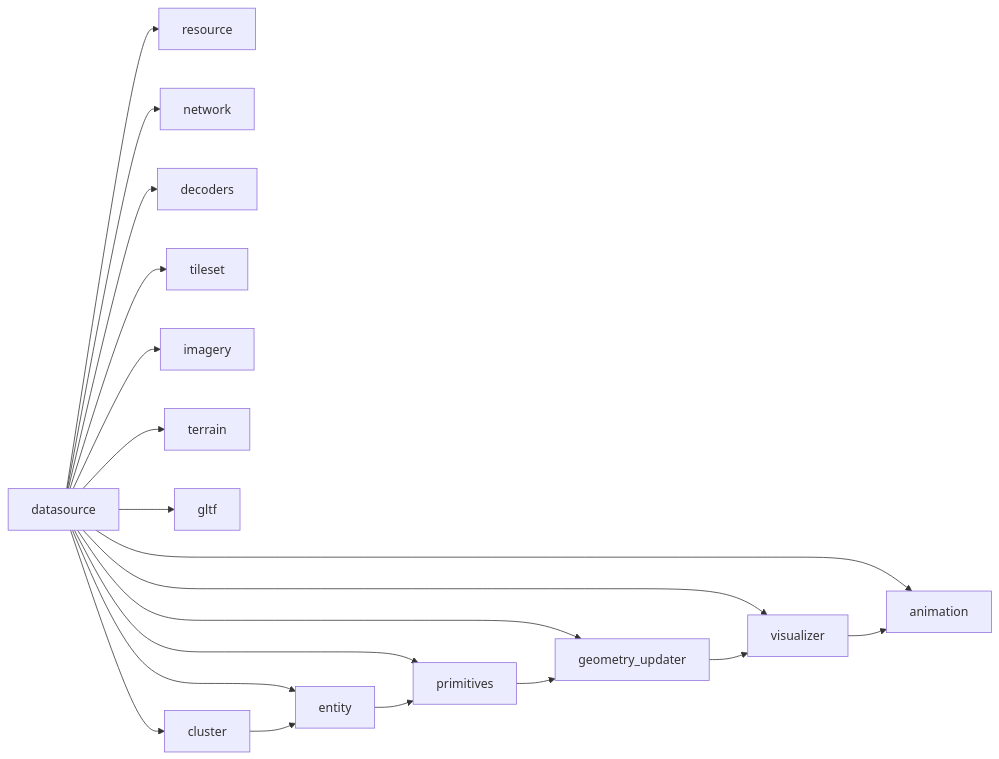
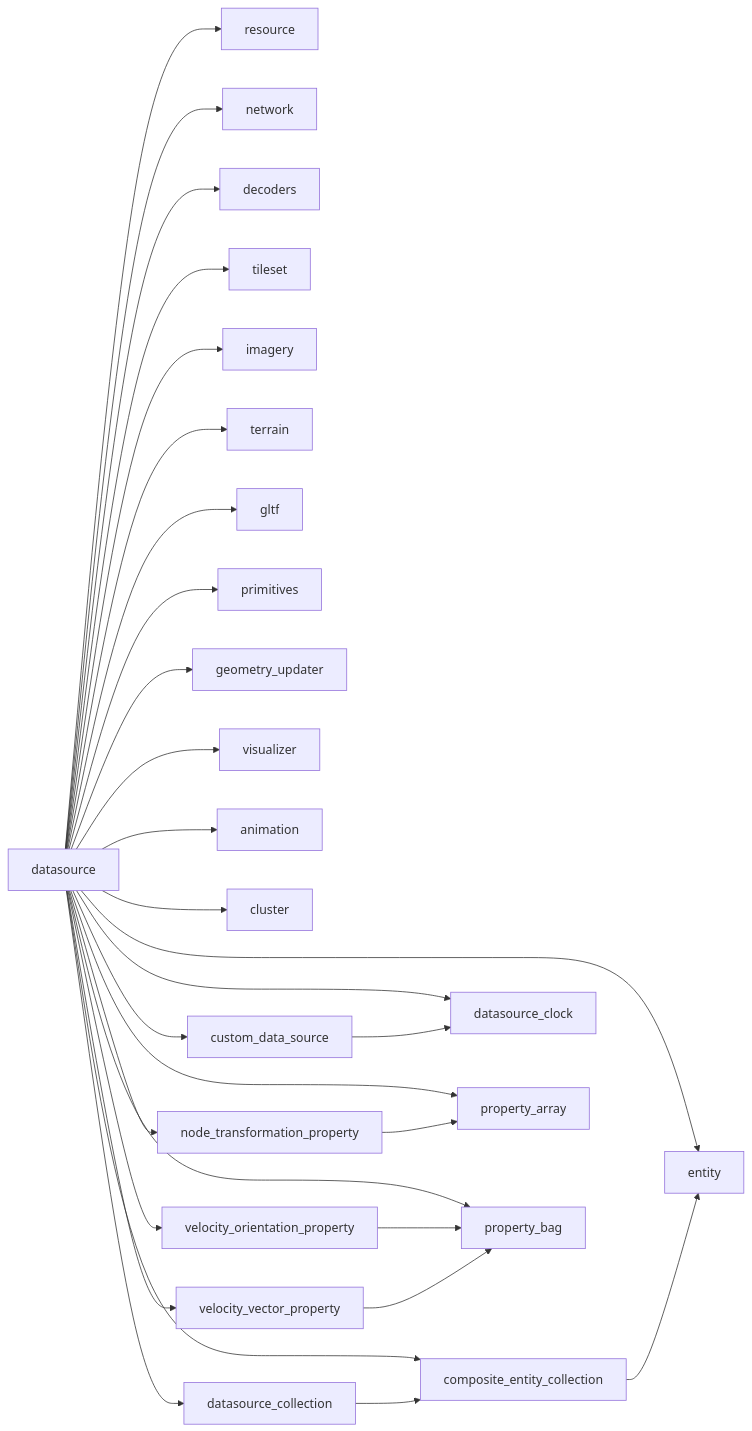
One commit to rzhangjing/cesium changed the sixth of 6 diagrams in .qoder/repowiki/zh/content/项目概述/核心特性/地理空间数据处理/数据源框架.md. Above: the diagram before and after it, drawn with Mermaid. The commit also changed other lines of this file and 56 other files, not shown here.

````diff
--- a/.qoder/repowiki/zh/content/项目概述/核心特性/地理空间数据处理/数据源框架.md
+++ b/.qoder/repowiki/zh/content/项目概述/核心特性/地理空间数据处理/数据源框架.md
@@ -471,21 +568,31 @@
 ```mermaid
 graph LR
 DS["datasource"] --> RS["resource"]
 DS --> NET["network"]
 DS --> DEC["decoders"]
 DS --> TS["tileset"]
 DS --> IM["imagery"]
 DS --> TR["terrain"]
 DS --> GL["gltf"]
 DS --> EN["entity"]
 DS --> PR["primitives"]
 DS --> GU["geometry_updater"]
 DS --> VS["visualizer"]
 DS --> AN["animation"]
 DS --> CL["cluster"]
-EN --> PR
-PR --> GU
-GU --> VS
-VS --> AN
-CL --> EN
+DS --> CEC["composite_entity_collection"]
+DS --> CDS["custom_data_source"]
+DS --> DC["datasource_clock"]
+DS --> DSC["datasource_collection"]
+DS --> NTP["node_transformation_property"]
+DS --> PA["property_array"]
+DS --> PB["property_bag"]
+DS --> VOP["velocity_orientation_property"]
+DS --> VVP["velocity_vector_property"]
+CEC --> EN
+CDS --> DC
+DSC --> CEC
+NTP --> PA
+VOP --> PB
+VVP --> PB
 ```
````
